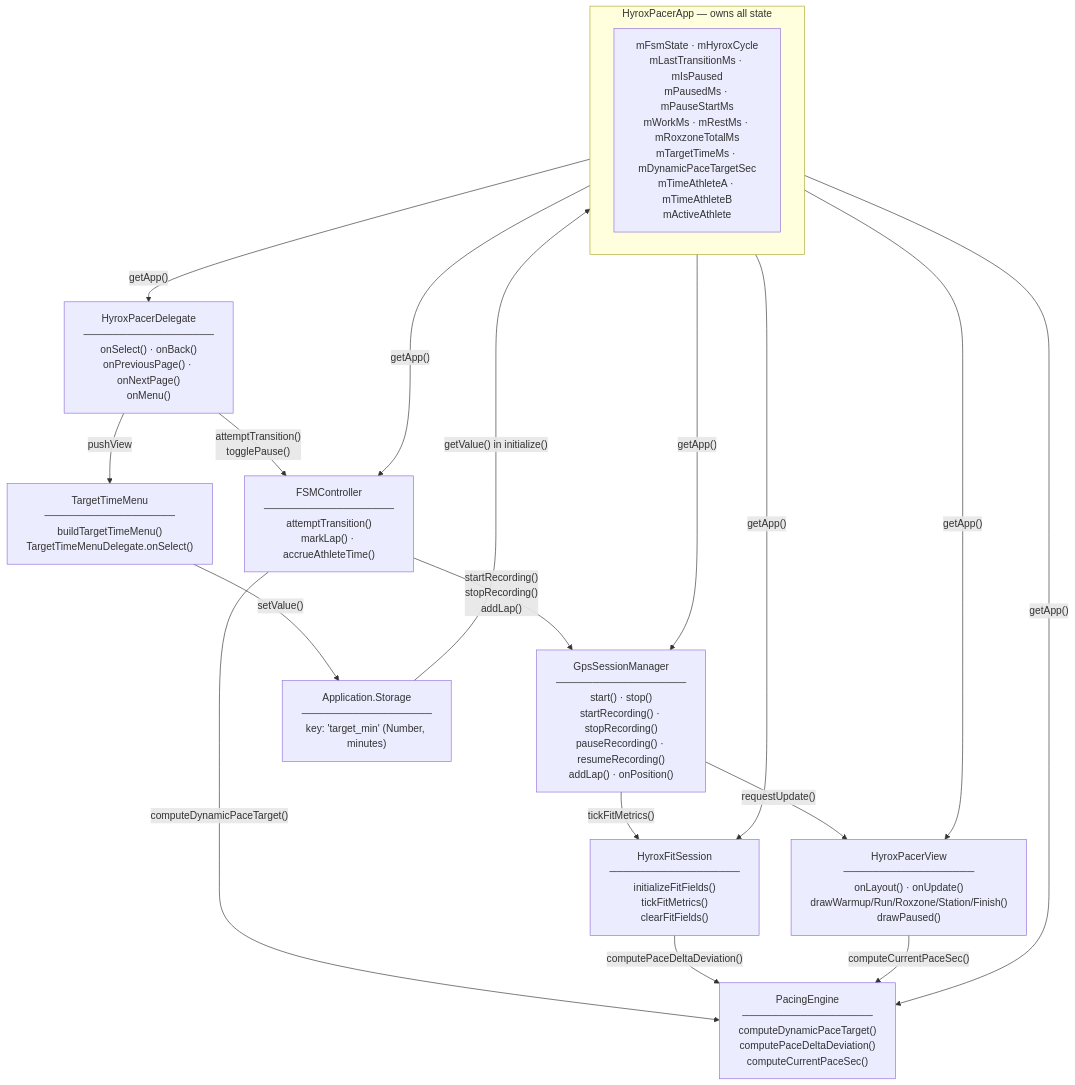
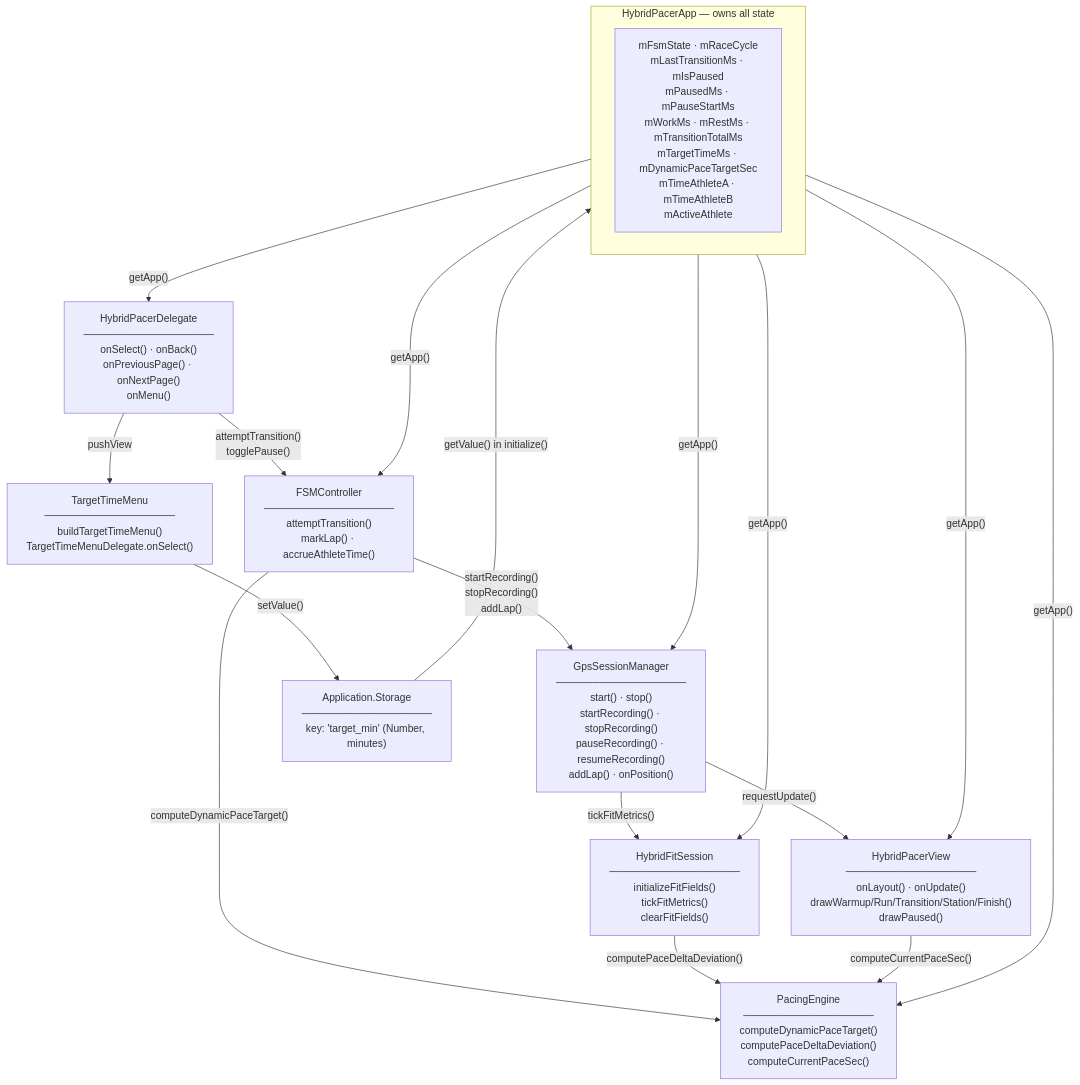
One commit to SoyTiyi/HybridPacer changed the first of 4 diagrams in docs/ARCHITECTURE.md. Above: the diagram before and after it, drawn with Mermaid. The commit also changed other lines of this file and 44 other files, not shown here.

First line of the commit message:
Rebrand HYROX -> HybridPacer to remove trademark references

````diff
--- a/docs/ARCHITECTURE.md
+++ b/docs/ARCHITECTURE.md
@@ -39,32 +39,32 @@
 ```mermaid
 graph TD
-    subgraph singleton["HyroxPacerApp — owns all state"]
-        S1["mFsmState · mHyroxCycle\nmLastTransitionMs · mIsPaused\nmPausedMs · mPauseStartMs\nmWorkMs · mRestMs · mRoxzoneTotalMs\nmTargetTimeMs · mDynamicPaceTargetSec\nmTimeAthleteA · mTimeAthleteB\nmActiveAthlete"]
+    subgraph singleton["HybridPacerApp — owns all state"]
+        S1["mFsmState · mRaceCycle\nmLastTransitionMs · mIsPaused\nmPausedMs · mPauseStartMs\nmWorkMs · mRestMs · mTransitionTotalMs\nmTargetTimeMs · mDynamicPaceTargetSec\nmTimeAthleteA · mTimeAthleteB\nmActiveAthlete"]
     end
 
     FSM["FSMController\n──────────────────\nattemptTransition()\nmarkLap() · accrueAthleteTime()"]
     GPS["GpsSessionManager\n──────────────────\nstart() · stop()\nstartRecording() · stopRecording()\npauseRecording() · resumeRecording()\naddLap() · onPosition()"]
-    FIT["HyroxFitSession\n──────────────────\ninitializeFitFields()\ntickFitMetrics()\nclearFitFields()"]
+    FIT["HybridFitSession\n──────────────────\ninitializeFitFields()\ntickFitMetrics()\nclearFitFields()"]
     PAC["PacingEngine\n──────────────────\ncomputeDynamicPaceTarget()\ncomputePaceDeltaDeviation()\ncomputeCurrentPaceSec()"]
-    VIEW["HyroxPacerView\n──────────────────\nonLayout() · onUpdate()\ndrawWarmup/Run/Roxzone/Station/Finish()\ndrawPaused()"]
-    DEL["HyroxPacerDelegate\n──────────────────\nonSelect() · onBack()\nonPreviousPage() · onNextPage()\nonMenu()"]
+    VIEW["HybridPacerView\n──────────────────\nonLayout() · onUpdate()\ndrawWarmup/Run/Transition/Station/Finish()\ndrawPaused()"]
+    DEL["HybridPacerDelegate\n──────────────────\nonSelect() · onBack()\nonPreviousPage() · onNextPage()\nonMenu()"]
     MENU["TargetTimeMenu\n──────────────────\nbuildTargetTimeMenu()\nTargetTimeMenuDelegate.onSelect()"]
     STORE["Application.Storage\n──────────────────\nkey: 'target_min' (Number, minutes)"]
 
     DEL -->|"attemptTransition()\ntogglePause()"| FSM
     DEL -->|"pushView"| MENU
     FSM -->|"startRecording()\nstopRecording()\naddLap()"| GPS
     FSM -->|"computeDynamicPaceTarget()"| PAC
     GPS -->|"tickFitMetrics()"| FIT
     GPS -->|"requestUpdate()"| VIEW
     FIT -->|"computePaceDeltaDeviation()"| PAC
     VIEW -->|"computeCurrentPaceSec()"| PAC
     MENU -->|"setValue()"| STORE
     singleton -->|"getApp()"| FSM
     singleton -->|"getApp()"| GPS
     singleton -->|"getApp()"| FIT
     singleton -->|"getApp()"| PAC
     singleton -->|"getApp()"| VIEW
     singleton -->|"getApp()"| DEL
     STORE -->|"getValue() in initialize()"| singleton
 ```
````
